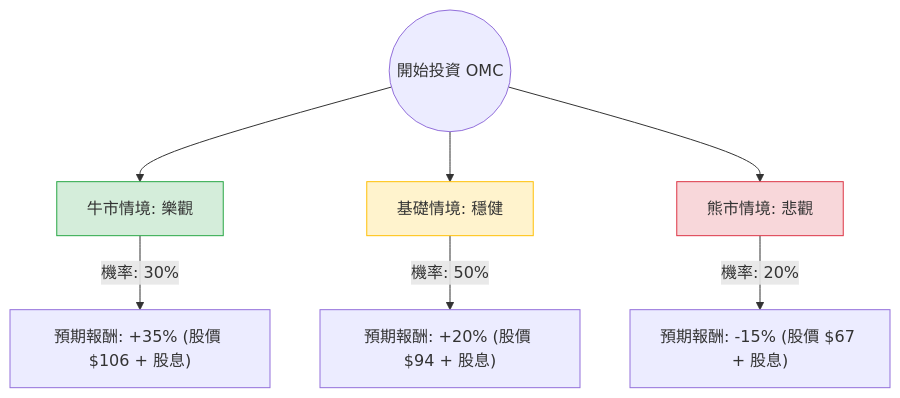
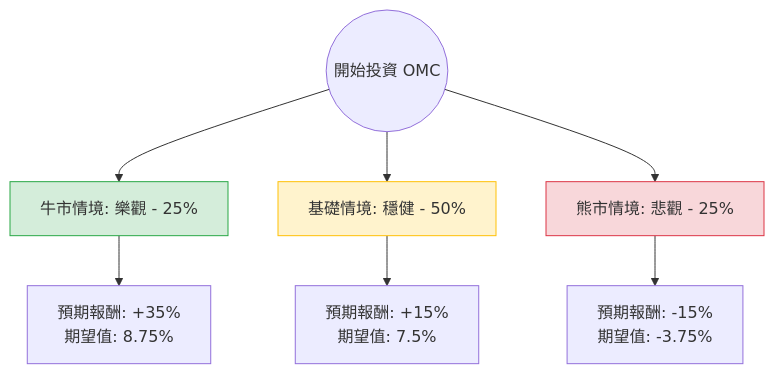
Before and after one commit to zmcx16/zmcx16.github.io: the diagram in plugin-react/ai-analysis/ev-analysis/OMC.md, drawn with Mermaid. The commit also changed other lines of this file and 76 other files, not shown here.

````diff
--- a/plugin-react/ai-analysis/ev-analysis/OMC.md
+++ b/plugin-react/ai-analysis/ev-analysis/OMC.md
@@ -18,14 +20,14 @@
 ```mermaid
 graph TD
-    Start((開始投資 OMC)) --> Bull[牛市情境: 樂觀]
-    Start --> Base[基礎情境: 穩健]
-    Start --> Bear[熊市情境: 悲觀]
+    Start((開始投資 OMC)) --> Bull[牛市情境: 樂觀 - 25%]
+    Start --> Base[基礎情境: 穩健 - 50%]
+    Start --> Bear[熊市情境: 悲觀 - 25%]
 
-    Bull -- "機率: 30%" --> BullVal["預期報酬: +35% (股價 $106 + 股息)"]
-    Base -- "機率: 50%" --> BaseVal["預期報酬: +20% (股價 $94 + 股息)"]
-    Bear -- "機率: 20%" --> BearVal["預期報酬: -15% (股價 $67 + 股息)"]
+    Bull --> Bull_EV[預期報酬: +35% <br/> 期望值: 8.75%]
+    Base --> Base_EV[預期報酬: +15% <br/> 期望值: 7.5%]
+    Bear --> Bear_EV[預期報酬: -15% <br/> 期望值: -3.75%]
 
     style Bull fill:#d4edda,stroke:#28a745
     style Base fill:#fff3cd,stroke:#ffc107
     style Bear fill:#f8d7da,stroke:#dc3545
 ```
````
